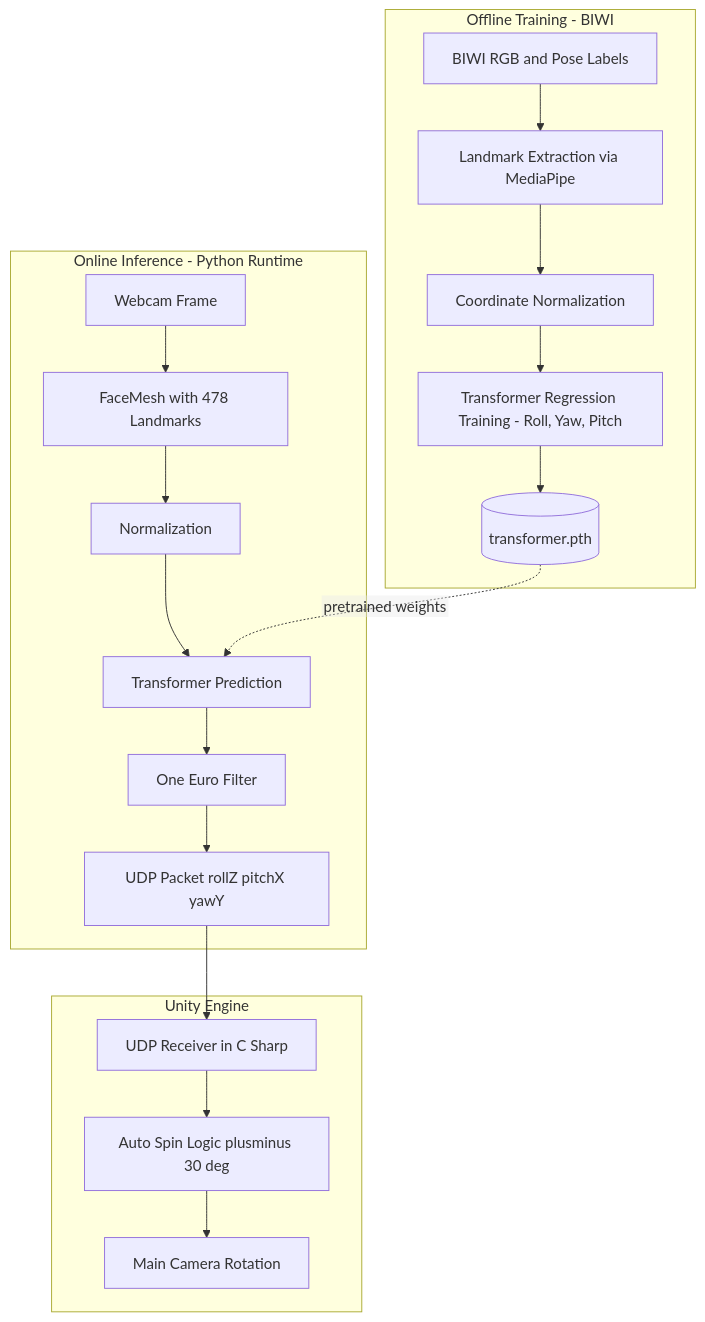
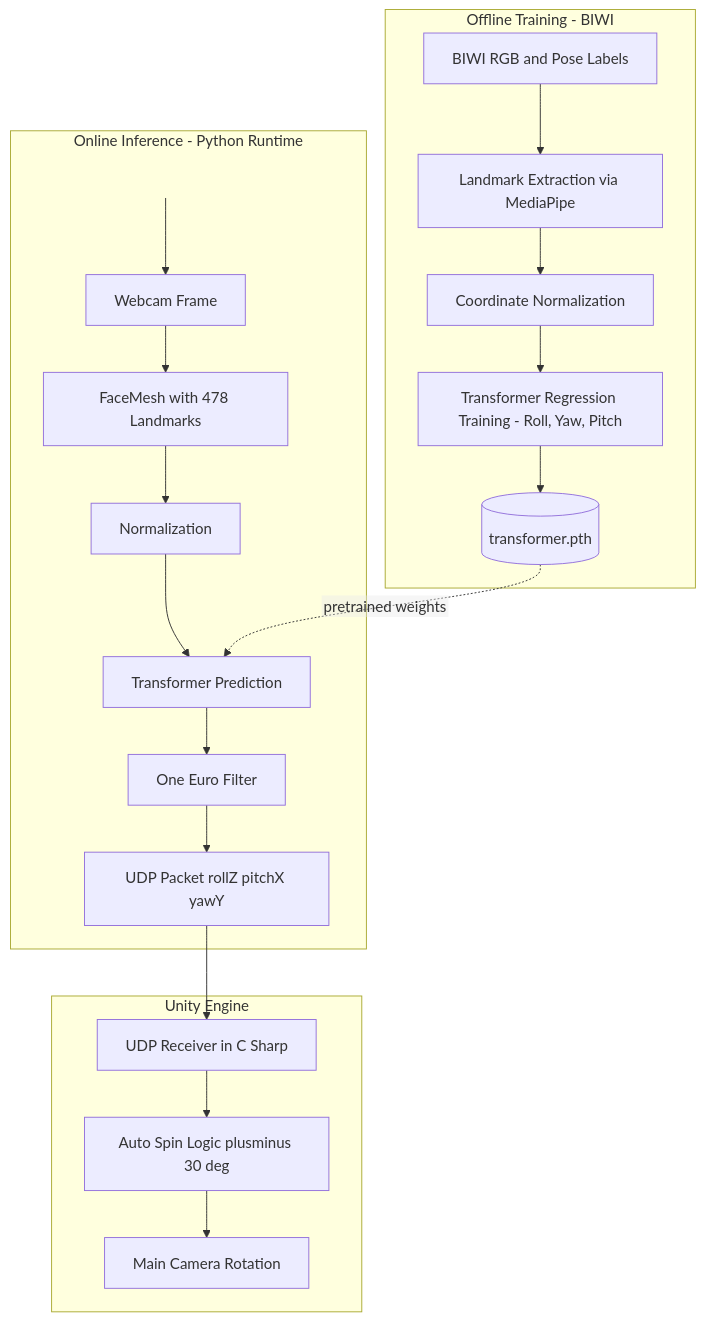
The second of 3 diagrams in README.md (seonghwan97/Face-Tracking-Semi-Immersive-VR), drawn with Mermaid before and after one commit. The commit also changed other lines of this file, not shown here.

````diff
--- a/README.md
+++ b/README.md
@@ -179,31 +177,31 @@
 ```mermaid
-%%{init: {'flowchart': {'htmlLabels': false}}}%%
+%%{init: {'flowchart': {'htmlLabels': false, 'useMaxWidth': false}, 'themeVariables': {'scale': 0.5}}}%%
 flowchart TB
-  %% ---------- Offline Training ----------
   subgraph TRAIN[Offline Training - BIWI]
     A1[BIWI RGB and Pose Labels] --> A2[Landmark Extraction via MediaPipe]
     A2 --> A3[Coordinate Normalization]
     A3 --> A4[Transformer Regression Training - Roll, Yaw, Pitch]
     A4 --> A5[(transformer.pth)]
   end
 
   %% ---------- Online Inference ----------
   subgraph INFER[Online Inference - Python Runtime]
-    B1[Webcam Frame] --> B2[FaceMesh with 478 Landmarks]
+    I0(( )):::spacer
+    I0 --> B1[Webcam Frame]
+    B1 --> B2[FaceMesh with 478 Landmarks]
     B2 --> B3[Normalization]
     B3 --> B4[Transformer Prediction]
     B4 --> B5[One Euro Filter]
     B5 --> B6[UDP Packet rollZ pitchX yawY]
   end
 
-  %% ---------- Unity ----------
   subgraph UNITY[Unity Engine]
     C1[UDP Receiver in C Sharp] --> C2[Auto Spin Logic plusminus 30 deg]
     C2 --> C3[Main Camera Rotation]
   end
 
-  %% ---------- Cross Links ----------
   A5 -. pretrained weights .-> B4
   B6 --> C1
 
+  classDef spacer fill:transparent,stroke:transparent,color:transparent;
 ```
````
